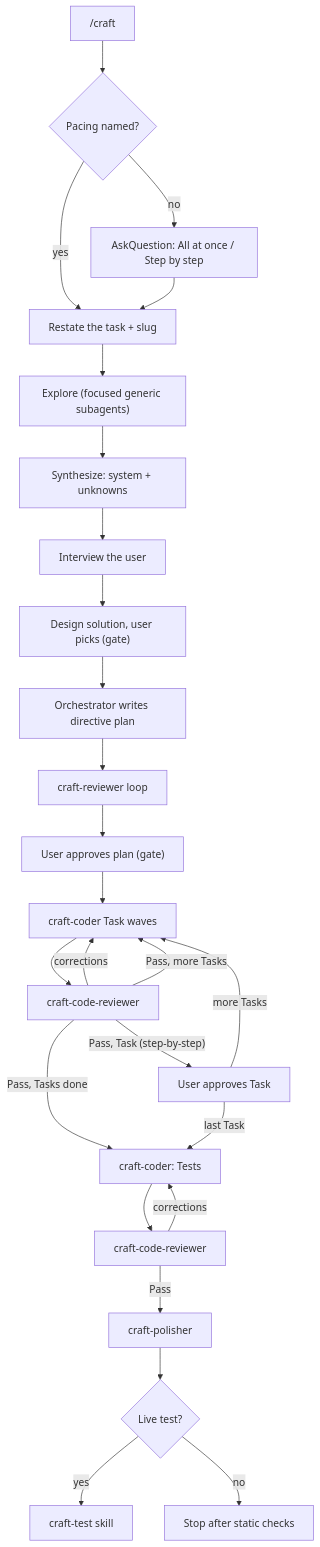
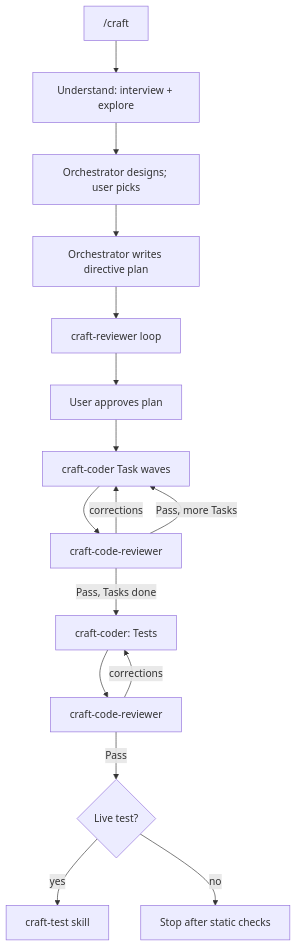
One commit to AidenHadisi/craft changed the diagram in README.md. Above: the diagram before and after it, drawn with Mermaid. The commit also changed other lines of this file and 16 other files, not shown here.

First line of the commit message:
refactor: redesign craft around orchestrator-owned architecture

````diff
--- a/README.md
+++ b/README.md
@@ -39,28 +29,18 @@
 ```mermaid
 flowchart TD
-    start["/craft"] --> pacing{"Pacing named?"}
-    pacing -->|no| ask["AskQuestion: All at once / Step by step"]
-    pacing -->|yes| restate["Restate the task + slug"]
-    ask --> restate
-    restate --> explore["Explore (focused generic subagents)"]
-    explore --> synthesize["Synthesize: system + unknowns"]
-    synthesize --> interview["Interview the user"]
-    interview --> designs["Design solution, user picks (gate)"]
-    designs --> plan["Orchestrator writes directive plan"]
+    start["/craft"] --> understand["Understand: interview + explore"]
+    understand --> design["Orchestrator designs; user picks"]
+    design --> plan["Orchestrator writes directive plan"]
     plan --> planrev["craft-reviewer loop"]
-    planrev --> gate["User approves plan (gate)"]
-    gate --> build["craft-coder Task waves"]
+    planrev --> planGate["User approves plan"]
+    planGate --> build["craft-coder Task waves"]
     build --> review["craft-code-reviewer"]
     review -->|corrections| build
     review -->|"Pass, more Tasks"| build
-    review -->|"Pass, Task (step-by-step)"| taskgate["User approves Task"]
-    taskgate -->|more Tasks| build
     review -->|"Pass, Tasks done"| tests["craft-coder: Tests"]
-    taskgate -->|last Task| tests
     tests --> testreview["craft-code-reviewer"]
     testreview -->|corrections| tests
-    testreview -->|Pass| polish["craft-polisher"]
-    polish --> live{"Live test?"}
+    testreview -->|Pass| live{"Live test?"}
     live -->|yes| test["craft-test skill"]
     live -->|no| stop["Stop after static checks"]
 ```
````
